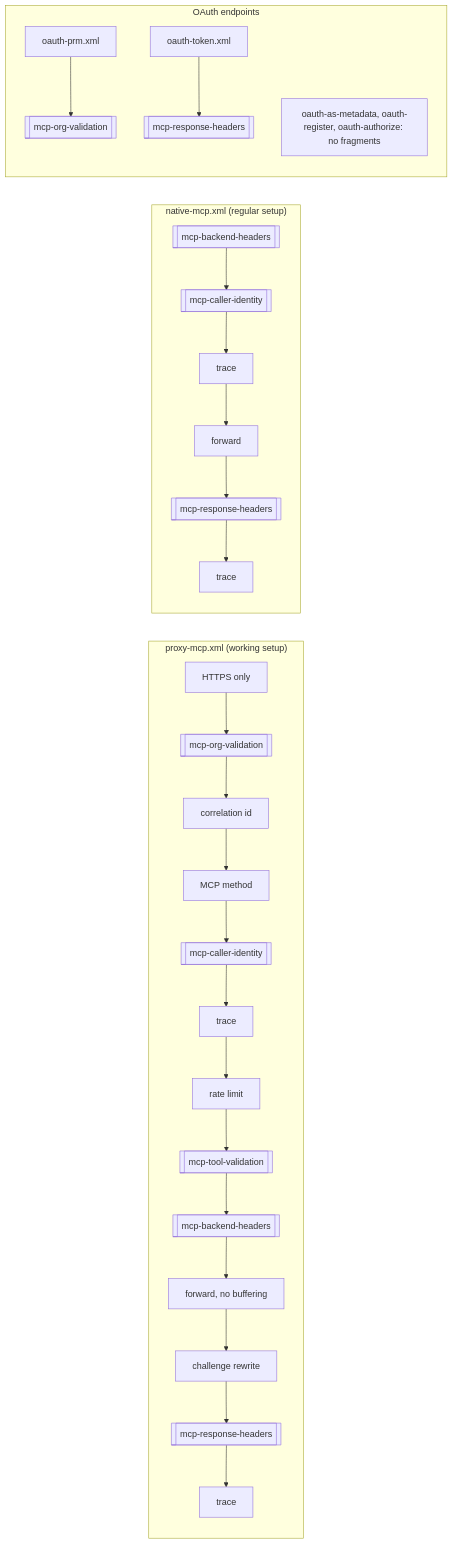
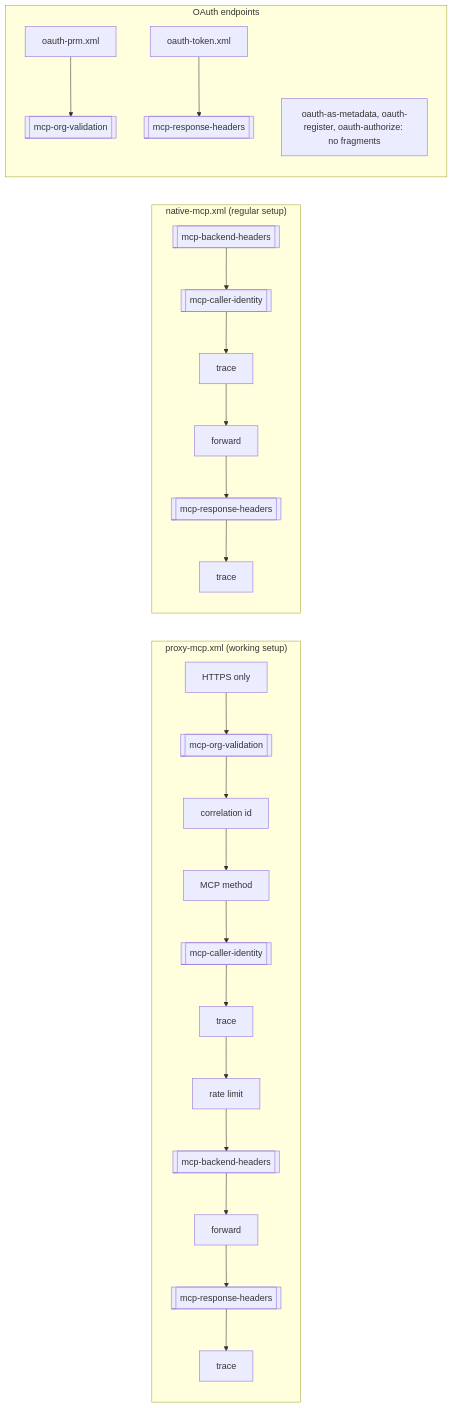
One commit to san360/azdevopsmcp changed the diagram in docs/POLICIES.md. Above: the diagram before and after it, drawn with Mermaid. The commit also changed other lines of this file and 49 other files, not shown here.

````diff
--- a/docs/POLICIES.md
+++ b/docs/POLICIES.md
@@ -196,21 +197,21 @@
 ```mermaid
 flowchart LR
     subgraph proxy["proxy-mcp.xml (working setup)"]
         direction TB
         p1["HTTPS only"] --> p2[["mcp-org-validation"]] --> p3["correlation id"] --> p4["MCP method"]
         p4 --> p5[["mcp-caller-identity"]] --> p6["trace"] --> p7["rate limit"]
-        p7 --> p8[["mcp-tool-validation"]] --> p9[["mcp-backend-headers"]] --> p10["forward, no buffering"]
-        p10 --> p11["challenge rewrite"] --> p12[["mcp-response-headers"]] --> p13["trace"]
+        p7 --> p8[["mcp-backend-headers"]] --> p9["forward"]
+        p9 --> p10[["mcp-response-headers"]] --> p11["trace"]
     end
     subgraph native["native-mcp.xml (regular setup)"]
         direction TB
         n1[["mcp-backend-headers"]] --> n2[["mcp-caller-identity"]] --> n3["trace"] --> n4["forward"]
         n4 --> n5[["mcp-response-headers"]] --> n6["trace"]
     end
     subgraph oauth["OAuth endpoints"]
         direction TB
         o1["oauth-prm.xml"] --> o1f[["mcp-org-validation"]]
         o2["oauth-token.xml"] --> o2f[["mcp-response-headers"]]
         o3["oauth-as-metadata, oauth-register, oauth-authorize: no fragments"]
     end
 ```
````
